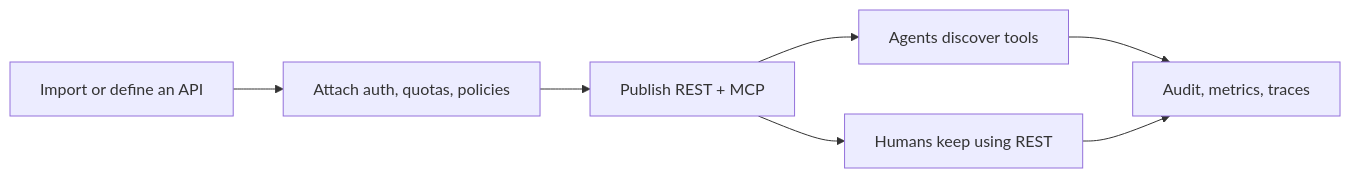
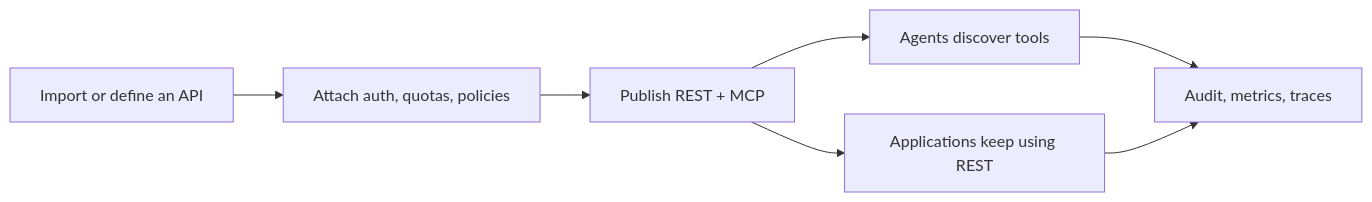
One commit to stoa-platform/stoa changed the second of 2 diagrams in README.md. Above: the diagram before and after it, drawn with Mermaid. The commit also changed other lines of this file and 1 other file, not shown here.

````diff
--- a/README.md
+++ b/README.md
@@ -123,9 +168,9 @@
 ```mermaid
 graph LR
   A[Import or define an API] --> B[Attach auth, quotas, policies]
   B --> C[Publish REST + MCP]
   C --> D[Agents discover tools]
-  C --> E[Humans keep using REST]
+  C --> E[Applications keep using REST]
   D --> F[Audit, metrics, traces]
   E --> F
 ```
````
